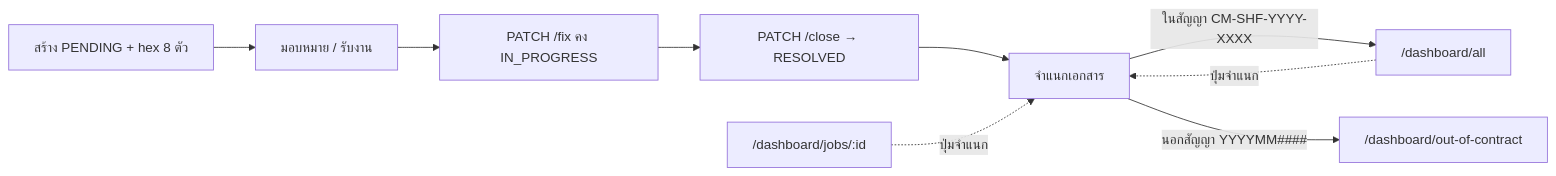
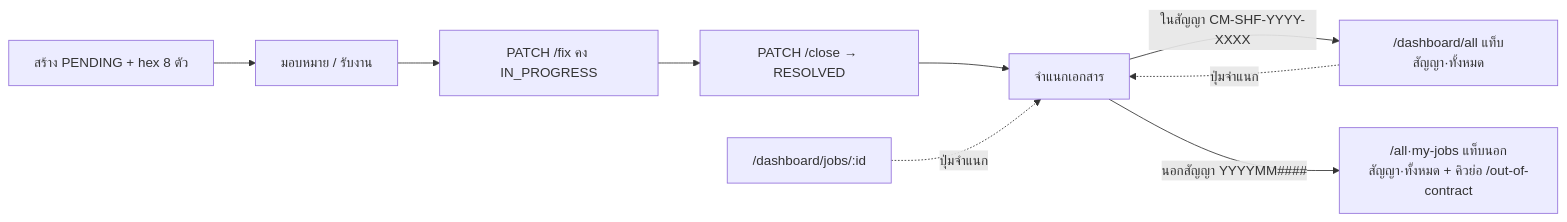
The sixth of 14 diagrams in docs/System-Workflow.md (sakdipath-sawangnath/dtrs-app), drawn with Mermaid before and after one commit. The commit also changed other lines of this file and 34 other files, not shown here.

````diff
--- a/docs/System-Workflow.md
+++ b/docs/System-Workflow.md
@@ -234,13 +234,13 @@
 ```mermaid
 flowchart LR
   create[สร้าง PENDING + hex 8 ตัว]
   assign[มอบหมาย / รับงาน]
   fix[PATCH /fix คง IN_PROGRESS]
   close[PATCH /close → RESOLVED]
   classify[จำแนกเอกสาร]
   create --> assign --> fix --> close --> classify
-  classify -->|ในสัญญา CM-SHF-YYYY-XXXX| allPage["/dashboard/all"]
-  classify -->|นอกสัญญา YYYYMM####| oocPage["/dashboard/out-of-contract"]
+  classify -->|ในสัญญา CM-SHF-YYYY-XXXX| allPage["/dashboard/all แท็บสัญญา·ทั้งหมด"]
+  classify -->|นอกสัญญา YYYYMM####| oocVis["/all·my-jobs แท็บนอกสัญญา·ทั้งหมด + คิวย่อ /out-of-contract"]
   allPage -.->|ปุ่มจำแนก| classify
   detail["/dashboard/jobs/:id"] -.->|ปุ่มจำแนก| classify
 ```
````
